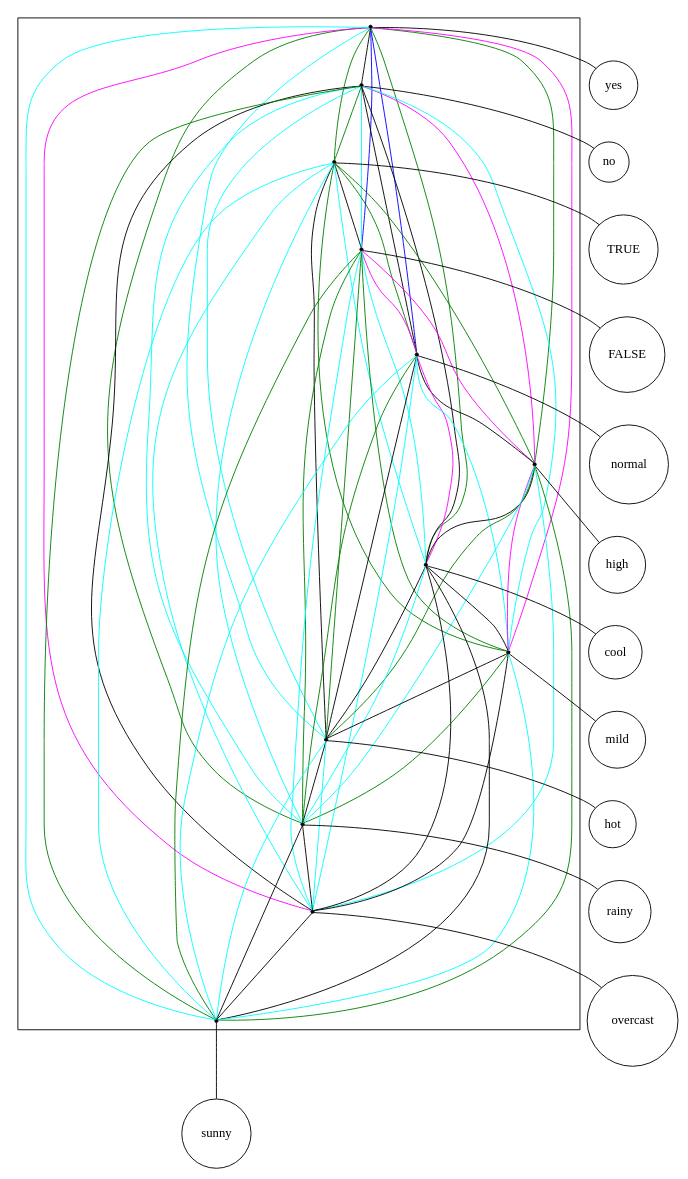
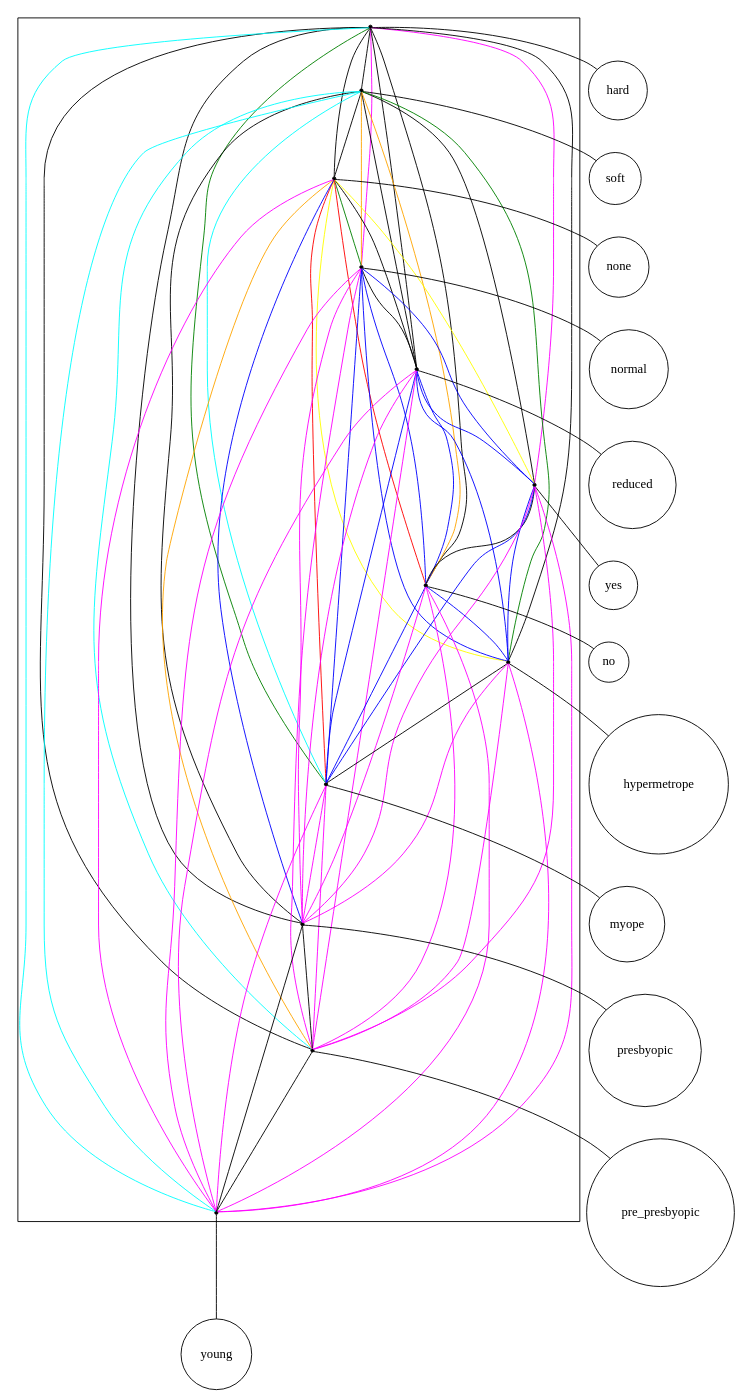
The diagram in src/final/linear_2-structure.dot (lrodrin/TFG), drawn with Graphviz before and after one commit. The commit also changed 25 other files, not shown here.

```diff
--- a/src/final/linear_2-structure.dot
+++ b/src/final/linear_2-structure.dot
@@ -1,101 +1,101 @@
 strict digraph "linear_2-structure" {
 compound=true;
 fontname=Verdana;
 fontsize=12;
 newrank=true;
 node [shape=circle];
+hard;
+soft;
+none;
+normal;
+reduced;
 yes;
 no;
-TRUE;
-FALSE;
-normal;
-high;
-cool;
-mild;
-hot;
-rainy;
-overcast;
-sunny;
-subgraph cluster_highnosunnymildnormalyesTRUErainycoolhotFALSEovercast {
+hypermetrope;
+myope;
+presbyopic;
+pre_presbyopic;
+young;
+subgraph cluster_softnononemyopeyounghypermetropenormalpre_presbyopicpresbyopicyesreducedhard {
 node [shape=point];
+s_hard -> s_soft  [color=black, arrowhead=none];
+s_hard -> s_none  [color=black, arrowhead=none];
+s_hard -> s_normal  [color=magenta, arrowhead=none];
+s_hard -> s_reduced  [color=black, arrowhead=none];
+s_hard -> s_yes  [color=magenta, arrowhead=none];
+s_hard -> s_no  [color=black, arrowhead=none];
+s_hard -> s_hypermetrope  [color=black, arrowhead=none];
+s_hard -> s_myope  [color=green, arrowhead=none];
+s_hard -> s_presbyopic  [color=black, arrowhead=none];
+s_hard -> s_pre_presbyopic  [color=black, arrowhead=none];
+s_hard -> s_young  [color=cyan, arrowhead=none];
+s_soft -> s_none  [color=black, arrowhead=none];
+s_soft -> s_normal  [color=orange, arrowhead=none];
+s_soft -> s_reduced  [color=black, arrowhead=none];
+s_soft -> s_yes  [color=black, arrowhead=none];
+s_soft -> s_no  [color=orange, arrowhead=none];
+s_soft -> s_hypermetrope  [color=green, arrowhead=none];
+s_soft -> s_myope  [color=cyan, arrowhead=none];
+s_soft -> s_presbyopic  [color=black, arrowhead=none];
+s_soft -> s_pre_presbyopic  [color=cyan, arrowhead=none];
+s_soft -> s_young  [color=cyan, arrowhead=none];
+s_none -> s_normal  [color=green, arrowhead=none];
+s_none -> s_reduced  [color=black, arrowhead=none];
+s_none -> s_yes  [color=yellow, arrowhead=none];
+s_none -> s_no  [color=red, arrowhead=none];
+s_none -> s_hypermetrope  [color=yellow, arrowhead=none];
+s_none -> s_myope  [color=red, arrowhead=none];
+s_none -> s_presbyopic  [color=blue, arrowhead=none];
+s_none -> s_pre_presbyopic  [color=orange, arrowhead=none];
+s_none -> s_young  [color=magenta, arrowhead=none];
+s_normal -> s_reduced  [color=black, arrowhead=none];
+s_normal -> s_yes  [color=blue, arrowhead=none];
+s_normal -> s_no  [color=blue, arrowhead=none];
+s_normal -> s_hypermetrope  [color=blue, arrowhead=none];
+s_normal -> s_myope  [color=blue, arrowhead=none];
+s_normal -> s_presbyopic  [color=magenta, arrowhead=none];
+s_normal -> s_pre_presbyopic  [color=magenta, arrowhead=none];
+s_normal -> s_young  [color=magenta, arrowhead=none];
+s_reduced -> s_yes  [color=blue, arrowhead=none];
+s_reduced -> s_no  [color=blue, arrowhead=none];
+s_reduced -> s_hypermetrope  [color=blue, arrowhead=none];
+s_reduced -> s_myope  [color=blue, arrowhead=none];
+s_reduced -> s_presbyopic  [color=magenta, arrowhead=none];
+s_reduced -> s_pre_presbyopic  [color=magenta, arrowhead=none];
+s_reduced -> s_young  [color=magenta, arrowhead=none];
 s_yes -> s_no  [color=black, arrowhead=none];
-s_yes -> s_TRUE  [color=green, arrowhead=none];
-s_yes -> s_FALSE  [color=blue, arrowhead=none];
-s_yes -> s_normal  [color=blue, arrowhead=none];
-s_yes -> s_high  [color=green, arrowhead=none];
-s_yes -> s_cool  [color=green, arrowhead=none];
-s_yes -> s_mild  [color=magenta, arrowhead=none];
-s_yes -> s_hot  [color=cyan, arrowhead=none];
-s_yes -> s_rainy  [color=green, arrowhead=none];
-s_yes -> s_overcast  [color=magenta, arrowhead=none];
-s_yes -> s_sunny  [color=cyan, arrowhead=none];
-s_no -> s_TRUE  [color=green, arrowhead=none];
-s_no -> s_FALSE  [color=cyan, arrowhead=none];
-s_no -> s_normal  [color=black, arrowhead=none];
-s_no -> s_high  [color=magenta, arrowhead=none];
-s_no -> s_cool  [color=black, arrowhead=none];
-s_no -> s_mild  [color=cyan, arrowhead=none];
-s_no -> s_hot  [color=cyan, arrowhead=none];
-s_no -> s_rainy  [color=cyan, arrowhead=none];
-s_no -> s_overcast  [color=black, arrowhead=none];
-s_no -> s_sunny  [color=green, arrowhead=none];
-s_TRUE -> s_FALSE  [color=black, arrowhead=none];
-s_TRUE -> s_normal  [color=green, arrowhead=none];
-s_TRUE -> s_high  [color=green, arrowhead=none];
-s_TRUE -> s_cool  [color=cyan, arrowhead=none];
-s_TRUE -> s_mild  [color=green, arrowhead=none];
-s_TRUE -> s_hot  [color=black, arrowhead=none];
-s_TRUE -> s_rainy  [color=cyan, arrowhead=none];
-s_TRUE -> s_overcast  [color=cyan, arrowhead=none];
-s_TRUE -> s_sunny  [color=cyan, arrowhead=none];
-s_FALSE -> s_normal  [color=magenta, arrowhead=none];
-s_FALSE -> s_high  [color=magenta, arrowhead=none];
-s_FALSE -> s_cool  [color=cyan, arrowhead=none];
-s_FALSE -> s_mild  [color=green, arrowhead=none];
-s_FALSE -> s_hot  [color=green, arrowhead=none];
-s_FALSE -> s_rainy  [color=green, arrowhead=none];
-s_FALSE -> s_overcast  [color=cyan, arrowhead=none];
-s_FALSE -> s_sunny  [color=green, arrowhead=none];
-s_normal -> s_high  [color=black, arrowhead=none];
-s_normal -> s_cool  [color=magenta, arrowhead=none];
-s_normal -> s_mild  [color=cyan, arrowhead=none];
-s_normal -> s_hot  [color=black, arrowhead=none];
-s_normal -> s_rainy  [color=green, arrowhead=none];
-s_normal -> s_overcast  [color=cyan, arrowhead=none];
-s_normal -> s_sunny  [color=cyan, arrowhead=none];
-s_high -> s_cool  [color=black, arrowhead=none];
-s_high -> s_mild  [color=magenta, arrowhead=none];
-s_high -> s_hot  [color=green, arrowhead=none];
-s_high -> s_rainy  [color=cyan, arrowhead=none];
-s_high -> s_overcast  [color=cyan, arrowhead=none];
-s_high -> s_sunny  [color=green, arrowhead=none];
-s_cool -> s_mild  [color=black, arrowhead=none];
-s_cool -> s_hot  [color=black, arrowhead=none];
-s_cool -> s_rainy  [color=cyan, arrowhead=none];
-s_cool -> s_overcast  [color=black, arrowhead=none];
-s_cool -> s_sunny  [color=black, arrowhead=none];
-s_mild -> s_hot  [color=black, arrowhead=none];
-s_mild -> s_rainy  [color=green, arrowhead=none];
-s_mild -> s_overcast  [color=black, arrowhead=none];
-s_mild -> s_sunny  [color=cyan, arrowhead=none];
-s_hot -> s_rainy  [color=black, arrowhead=none];
-s_hot -> s_overcast  [color=cyan, arrowhead=none];
-s_hot -> s_sunny  [color=cyan, arrowhead=none];
-s_rainy -> s_overcast  [color=black, arrowhead=none];
-s_rainy -> s_sunny  [color=black, arrowhead=none];
-s_overcast -> s_sunny  [color=black, arrowhead=none];
+s_yes -> s_hypermetrope  [color=blue, arrowhead=none];
+s_yes -> s_myope  [color=blue, arrowhead=none];
+s_yes -> s_presbyopic  [color=magenta, arrowhead=none];
+s_yes -> s_pre_presbyopic  [color=magenta, arrowhead=none];
+s_yes -> s_young  [color=magenta, arrowhead=none];
+s_no -> s_hypermetrope  [color=blue, arrowhead=none];
+s_no -> s_myope  [color=blue, arrowhead=none];
+s_no -> s_presbyopic  [color=magenta, arrowhead=none];
+s_no -> s_pre_presbyopic  [color=magenta, arrowhead=none];
+s_no -> s_young  [color=magenta, arrowhead=none];
+s_hypermetrope -> s_myope  [color=black, arrowhead=none];
+s_hypermetrope -> s_presbyopic  [color=magenta, arrowhead=none];
+s_hypermetrope -> s_pre_presbyopic  [color=magenta, arrowhead=none];
+s_hypermetrope -> s_young  [color=magenta, arrowhead=none];
+s_myope -> s_presbyopic  [color=magenta, arrowhead=none];
+s_myope -> s_pre_presbyopic  [color=magenta, arrowhead=none];
+s_myope -> s_young  [color=magenta, arrowhead=none];
+s_presbyopic -> s_pre_presbyopic  [color=black, arrowhead=none];
+s_presbyopic -> s_young  [color=black, arrowhead=none];
+s_pre_presbyopic -> s_young  [color=black, arrowhead=none];
 }
 
+s_hard -> hard  [arrowhead=none];
+s_soft -> soft  [arrowhead=none];
+s_none -> none  [arrowhead=none];
+s_normal -> normal  [arrowhead=none];
+s_reduced -> reduced  [arrowhead=none];
 s_yes -> yes  [arrowhead=none];
 s_no -> no  [arrowhead=none];
-s_TRUE -> TRUE  [arrowhead=none];
-s_FALSE -> FALSE  [arrowhead=none];
-s_normal -> normal  [arrowhead=none];
-s_high -> high  [arrowhead=none];
-s_cool -> cool  [arrowhead=none];
-s_mild -> mild  [arrowhead=none];
-s_hot -> hot  [arrowhead=none];
-s_rainy -> rainy  [arrowhead=none];
-s_overcast -> overcast  [arrowhead=none];
-s_sunny -> sunny  [arrowhead=none];
+s_hypermetrope -> hypermetrope  [arrowhead=none];
+s_myope -> myope  [arrowhead=none];
+s_presbyopic -> presbyopic  [arrowhead=none];
+s_pre_presbyopic -> pre_presbyopic  [arrowhead=none];
+s_young -> young  [arrowhead=none];
 }
```
